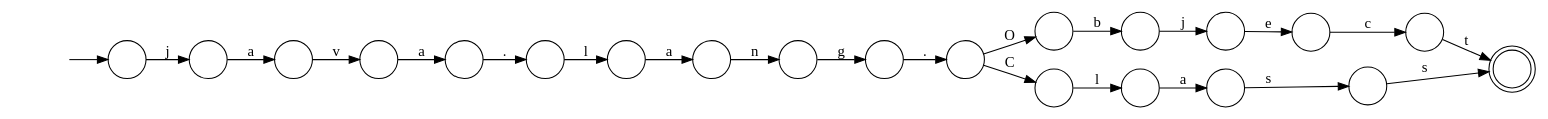
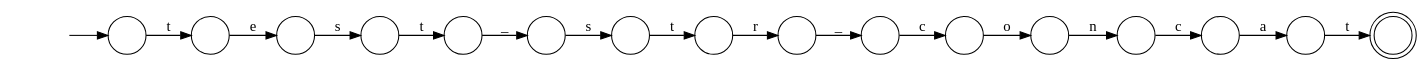
One commit to SeanCoek/string_relavent changed the diagram in Automatons/3.dot. Above: the diagram before and after it, drawn with Graphviz. The commit also changed 49 other files, not shown here.

```diff
--- a/Automatons/3.dot
+++ b/Automatons/3.dot
@@ -1,47 +1,36 @@
 digraph Automaton {
   rankdir = LR;
   0 [shape=circle,label=""];
-  0 -> 10 [label="e"]
+  0 -> 4 [label="s"]
   1 [shape=circle,label=""];
-  1 -> 5 [label="v"]
+  1 -> 5 [label="s"]
   2 [shape=circle,label=""];
-  2 -> 9 [label="a"]
+  initial [shape=plaintext,label=""];
+  initial -> 2
+  2 -> 7 [label="t"]
   3 [shape=circle,label=""];
-  3 -> 1 [label="a"]
-  4 [shape=doublecircle,label=""];
+  3 -> 1 [label="_"]
+  4 [shape=circle,label=""];
+  4 -> 3 [label="t"]
   5 [shape=circle,label=""];
-  5 -> 14 [label="a"]
+  5 -> 12 [label="t"]
   6 [shape=circle,label=""];
-  6 -> 17 [label="l"]
+  6 -> 8 [label="n"]
   7 [shape=circle,label=""];
-  7 -> 19 [label="b"]
+  7 -> 0 [label="e"]
   8 [shape=circle,label=""];
-  8 -> 2 [label="l"]
+  8 -> 13 [label="c"]
   9 [shape=circle,label=""];
-  9 -> 11 [label="s"]
+  9 -> 10 [label="c"]
   10 [shape=circle,label=""];
-  10 -> 20 [label="c"]
-  11 [shape=circle,label=""];
-  11 -> 4 [label="s"]
+  10 -> 6 [label="o"]
+  11 [shape=doublecircle,label=""];
   12 [shape=circle,label=""];
-  12 -> 15 [label="g"]
+  12 -> 15 [label="r"]
   13 [shape=circle,label=""];
-  13 -> 7 [label="O"]
-  13 -> 8 [label="C"]
+  13 -> 14 [label="a"]
   14 [shape=circle,label=""];
-  14 -> 6 [label="."]
+  14 -> 11 [label="t"]
   15 [shape=circle,label=""];
-  15 -> 13 [label="."]
-  16 [shape=circle,label=""];
-  initial [shape=plaintext,label=""];
-  initial -> 16
-  16 -> 3 [label="j"]
-  17 [shape=circle,label=""];
-  17 -> 18 [label="a"]
-  18 [shape=circle,label=""];
-  18 -> 12 [label="n"]
-  19 [shape=circle,label=""];
-  19 -> 0 [label="j"]
-  20 [shape=circle,label=""];
-  20 -> 4 [label="t"]
+  15 -> 9 [label="_"]
 }
```
